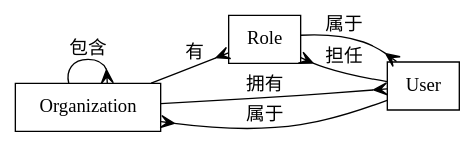
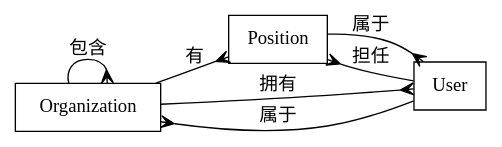
The diagram in model.dot (chuanjiabao1981/check_v3_db_migrate), drawn with Graphviz before and after one commit. The commit also changed 3 other files, not shown here.

Commit message:
delte role add position

```diff
--- a/model.dot
+++ b/model.dot
@@ -1,11 +1,11 @@
 digraph G 
 {
 	graph [rankdir=LR] 
 	node [shape=box] 
-    Organization -> Role [arrowhead=crow label="有"]
-    Role -> User [arrowhead=crow label="属于"]
-    User-> Role [arrowhead=crow label="担任"]
+    Organization -> Position [arrowhead=crow label="有"]
+    Position -> User [arrowhead=crow label="属于"]
+    User-> Position [arrowhead=crow label="担任"]
     Organization -> User[arrowhead=crow label="拥有"]
     User->Organization [arrowhead=crow label="属于"]
     Organization -> Organization [arrowhead=crow label="包含"] 
 }
```
